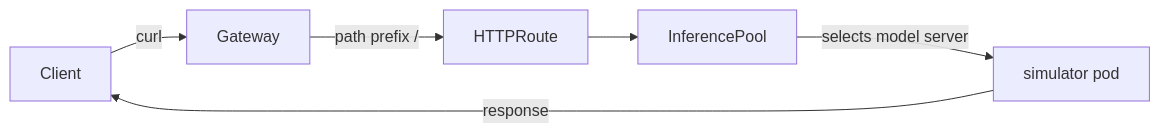
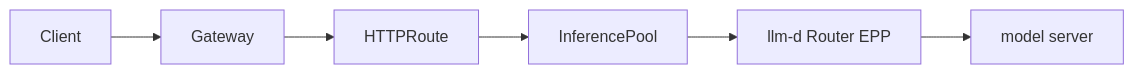
One commit to agentgateway/website changed the diagram in assets/agw-docs/pages/agentgateway/inference.md. Above: the diagram before and after it, drawn with Mermaid. The commit also changed other lines of this file and 5 other files, not shown here.

First line of the commit message:
docs: migrate inference guides to llm-d Router

````diff
--- a/assets/agw-docs/pages/agentgateway/inference.md
+++ b/assets/agw-docs/pages/agentgateway/inference.md
@@ -214,8 +31,8 @@
-   ```mermaid
-   graph LR
-       Client -->|curl| Gateway
-       Gateway -->|path prefix /| HTTPRoute
-       HTTPRoute --> InferencePool
-       InferencePool -->|selects model server| Sim["simulator pod"]
-       Sim -->|response| Client
-   ```
+```mermaid
+graph LR
+    Client --> Gateway
+    Gateway --> HTTPRoute
+    HTTPRoute --> InferencePool
+    InferencePool --> EPP["llm-d Router EPP"]
+    EPP --> ModelServer["model server"]
+```
````
